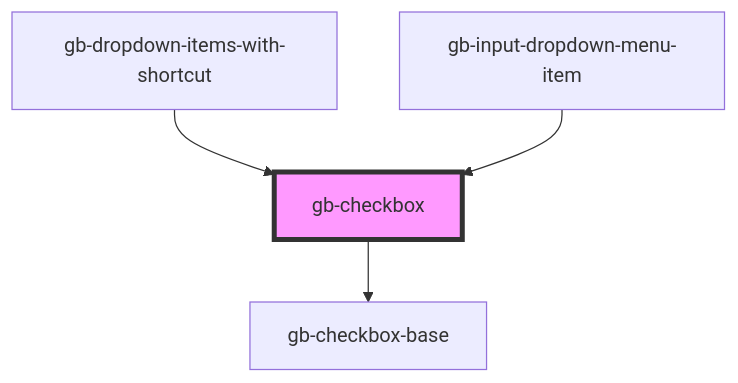
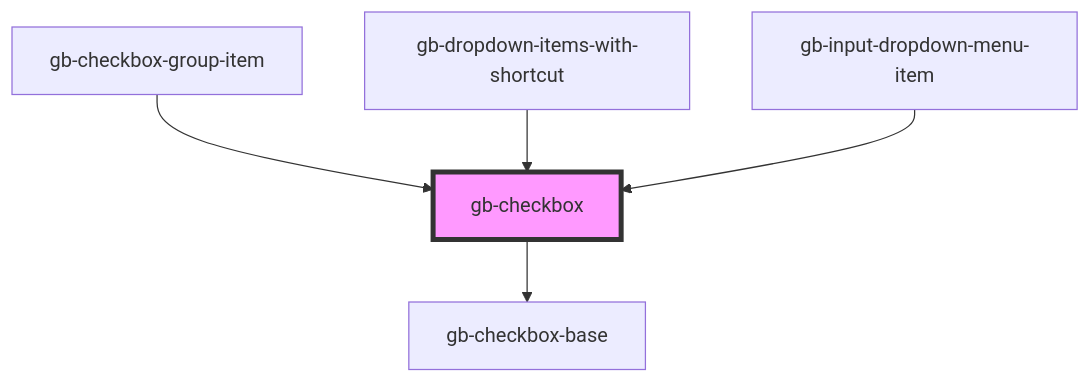
The diagram in src/components/gb-checkbox/readme.md (Emmanuel1858/globusComponent), drawn with Mermaid before and after one commit. The commit also changed other lines of this file and 45 other files, not shown here.

````diff
--- a/src/components/gb-checkbox/readme.md
+++ b/src/components/gb-checkbox/readme.md
@@ -32,7 +33,8 @@
 ```mermaid
 graph TD;
   gb-checkbox --> gb-checkbox-base
+  gb-checkbox-group-item --> gb-checkbox
   gb-dropdown-items-with-shortcut --> gb-checkbox
   gb-input-dropdown-menu-item --> gb-checkbox
   style gb-checkbox fill:#f9f,stroke:#333,stroke-width:4px
 ```
````
